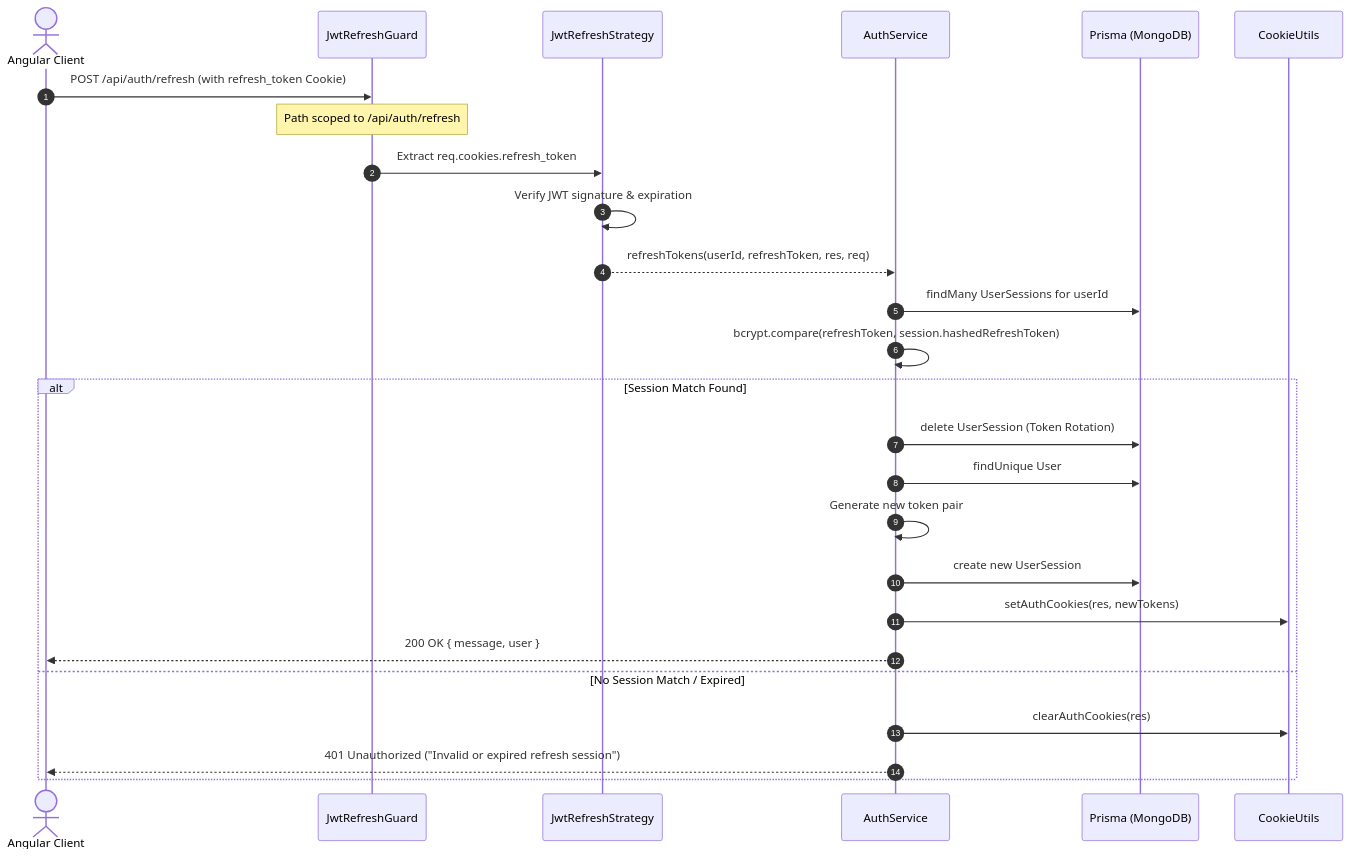
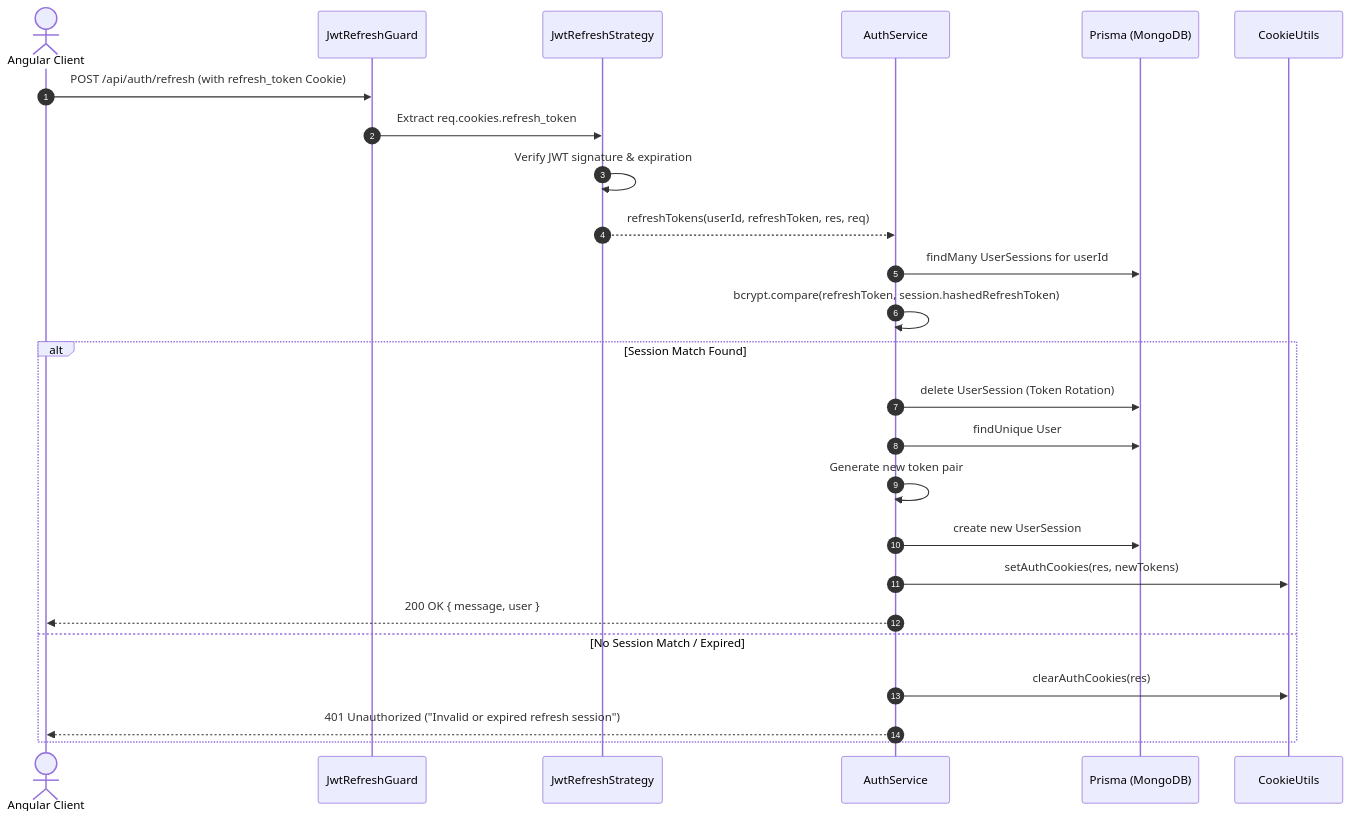
Before and after one commit to Parthasrikar/hospital-services: the sixth of 6 diagrams in docs/auth_implementation_docs.md, drawn with Mermaid. The commit also changed other lines of this file and 24 other files, not shown here.

Commit message:
feat: implement Google OAuth authentication and progressive user onboarding flow

````diff
--- a/docs/auth_implementation_docs.md
+++ b/docs/auth_implementation_docs.md
@@ -218,29 +258,28 @@
 ```mermaid
 sequenceDiagram
     autonumber
     actor Client as Angular Client
     participant Guard as JwtRefreshGuard
     participant Strategy as JwtRefreshStrategy
     participant Service as AuthService
     participant DB as Prisma (MongoDB)
     participant Cookie as CookieUtils
 
     Client->>Guard: POST /api/auth/refresh (with refresh_token Cookie)
-    Note over Guard: Path scoped to /api/auth/refresh
     Guard->>Strategy: Extract req.cookies.refresh_token
     Strategy->>Strategy: Verify JWT signature & expiration
     Strategy-->>Service: refreshTokens(userId, refreshToken, res, req)
     Service->>DB: findMany UserSessions for userId
     Service->>Service: bcrypt.compare(refreshToken, session.hashedRefreshToken)
     alt Session Match Found
         Service->>DB: delete UserSession (Token Rotation)
         Service->>DB: findUnique User
         Service->>Service: Generate new token pair
         Service->>DB: create new UserSession
         Service->>Cookie: setAuthCookies(res, newTokens)
         Service-->>Client: 200 OK { message, user }
     else No Session Match / Expired
         Service->>Cookie: clearAuthCookies(res)
         Service-->>Client: 401 Unauthorized ("Invalid or expired refresh session")
     end
 ```
````
